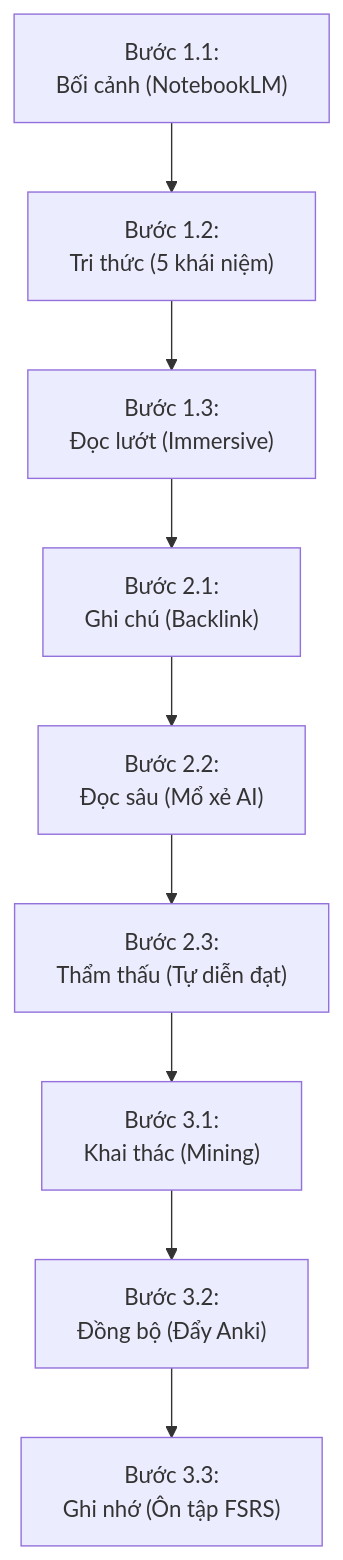
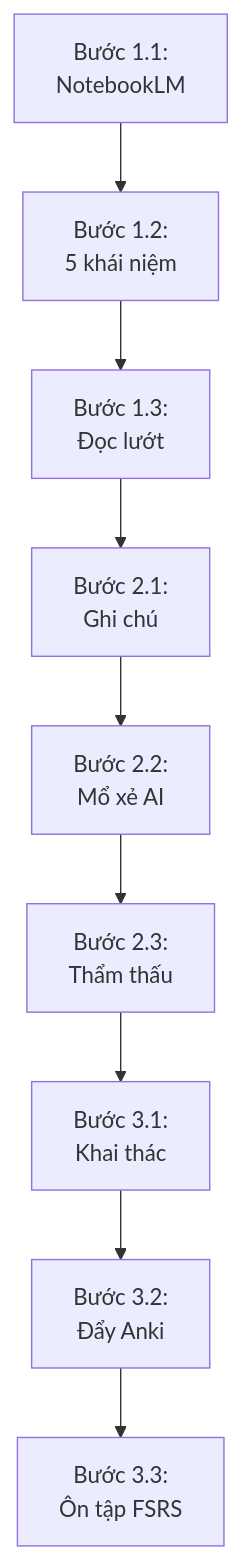
One commit to nguyengoctin/my_website changed the diagram in content/posts/he-thong-phuong-phap-doc-tai-lieu-it-ai-voi-ai-va-srs.md. Above: the diagram before and after it, drawn with Mermaid. The commit also changed 32 other files, not shown here.

````diff
--- a/content/posts/he-thong-phuong-phap-doc-tai-lieu-it-ai-voi-ai-va-srs.md
+++ b/content/posts/he-thong-phuong-phap-doc-tai-lieu-it-ai-voi-ai-va-srs.md
@@ -163,20 +163,8 @@
 ```mermaid
 flowchart TD
-    A1["Bước 1.1:<br/>Bối cảnh (NotebookLM)"]
-    A2["Bước 1.2:<br/>Tri thức (5 khái niệm)"]
-    A3["Bước 1.3:<br/>Đọc lướt (Immersive)"]
-    B1["Bước 2.1:<br/>Ghi chú (Backlink)"]
-    B2["Bước 2.2:<br/>Đọc sâu (Mổ xẻ AI)"]
-    B3["Bước 2.3:<br/>Thẩm thấu (Tự diễn đạt)"]
-    C1["Bước 3.1:<br/>Khai thác (Mining)"]
-    C2["Bước 3.2:<br/>Đồng bộ (Đẩy Anki)"]
-    C3["Bước 3.3:<br/>Ghi nhớ (Ôn tập FSRS)"]
-    A1 --> A2
-    A2 --> A3
-    A3 --> B1
-    B1 --> B2
-    B2 --> B3
-    B3 --> C1
-    C1 --> C2
-    C2 --> C3
+    A1["Bước 1.1:<br/>NotebookLM"] --> A2["Bước 1.2:<br/>5 khái niệm"] --> A3["Bước 1.3:<br/>Đọc lướt"]
+    A3 --> B1["Bước 2.1:<br/>Ghi chú"]
+    B1 --> B2["Bước 2.2:<br/>Mổ xẻ AI"] --> B3["Bước 2.3:<br/>Thẩm thấu"]
+    B3 --> C1["Bước 3.1:<br/>Khai thác"]
+    C1 --> C2["Bước 3.2:<br/>Đẩy Anki"] --> C3["Bước 3.3:<br/>Ôn tập FSRS"]
 ```
````
